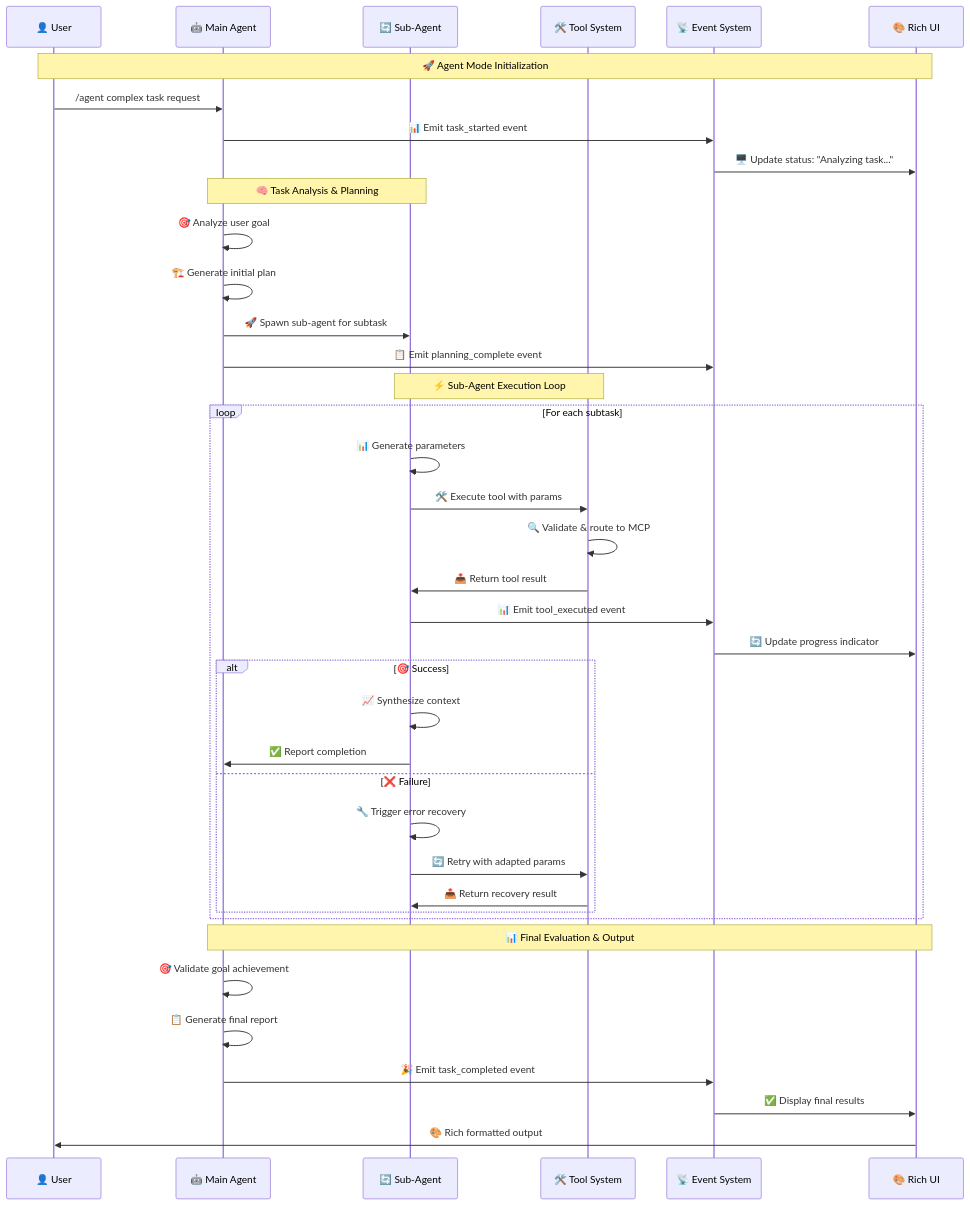
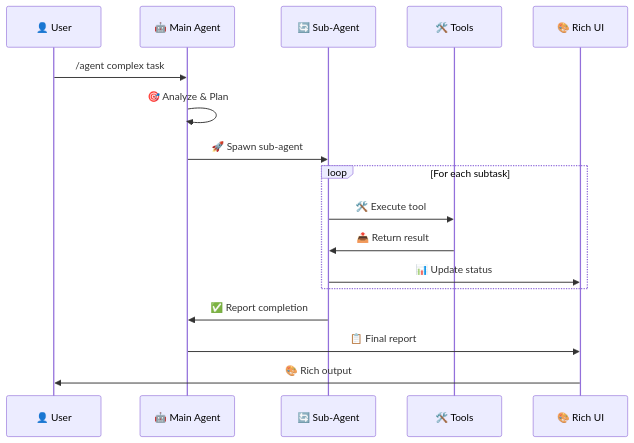
Before and after one commit to PIRATE-E/ai-workflow-task-agent: the second of 2 diagrams in README.md, drawn with Mermaid. The commit also changed other lines of this file, not shown here.

First line of the commit message:
docs: Complete README.md rewrite with accurate structure and v1.9.1 features

````diff
--- a/README.md
+++ b/README.md
@@ -667,46 +487,22 @@
 ```mermaid
 sequenceDiagram
     participant U as 👤 User
     participant M as 🤖 Main Agent
     participant S as 🔄 Sub-Agent
-    participant T as 🛠️ Tool System
-    participant E as 📡 Event System
+    participant T as 🛠️ Tools
     participant R as 🎨 Rich UI
     
-    Note over U,R: 🚀 Agent Mode Initialization
-    U->>M: /agent complex task request
-    M->>E: 📊 Emit task_started event
-    E->>R: 🖥️ Update status: "Analyzing task..."
+    U->>M: /agent complex task
+    M->>M: 🎯 Analyze & Plan
+    M->>S: 🚀 Spawn sub-agent
     
-    Note over M,S: 🧠 Task Analysis & Planning
-    M->>M: 🎯 Analyze user goal
-    M->>M: 🏗️ Generate initial plan
-    M->>S: 🚀 Spawn sub-agent for subtask
-    M->>E: 📋 Emit planning_complete event
-    
-    Note over S,T: ⚡ Sub-Agent Execution Loop
     loop For each subtask
-        S->>S: 📊 Generate parameters
-        S->>T: 🛠️ Execute tool with params
-        T->>T: 🔍 Validate & route to MCP
-        T->>S: 📤 Return tool result
-        S->>E: 📊 Emit tool_executed event
-        E->>R: 🔄 Update progress indicator
-        
-        alt 🎯 Success
-            S->>S: 📈 Synthesize context
-            S->>M: ✅ Report completion
-        else ❌ Failure
-            S->>S: 🔧 Trigger error recovery
-            S->>T: 🔄 Retry with adapted params
-            T->>S: 📤 Return recovery result
-        end
+        S->>T: 🛠️ Execute tool
+        T->>S: 📤 Return result
+        S->>R: 📊 Update status
     end
     
-    Note over M,R: 📊 Final Evaluation & Output
-    M->>M: 🎯 Validate goal achievement
-    M->>M: 📋 Generate final report
-    M->>E: 🎉 Emit task_completed event
-    E->>R: ✅ Display final results
-    R->>U: 🎨 Rich formatted output
+    S->>M: ✅ Report completion
+    M->>R: 📋 Final report
+    R->>U: 🎨 Rich output
 ```
````
